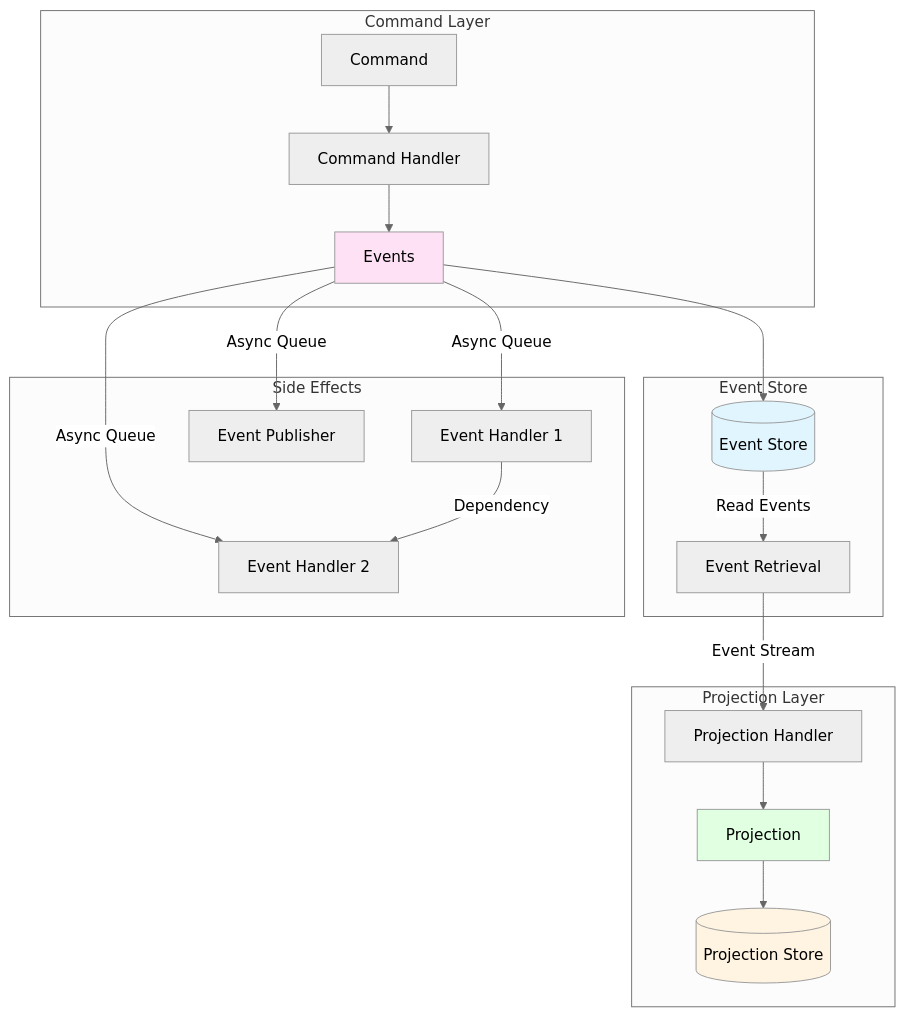
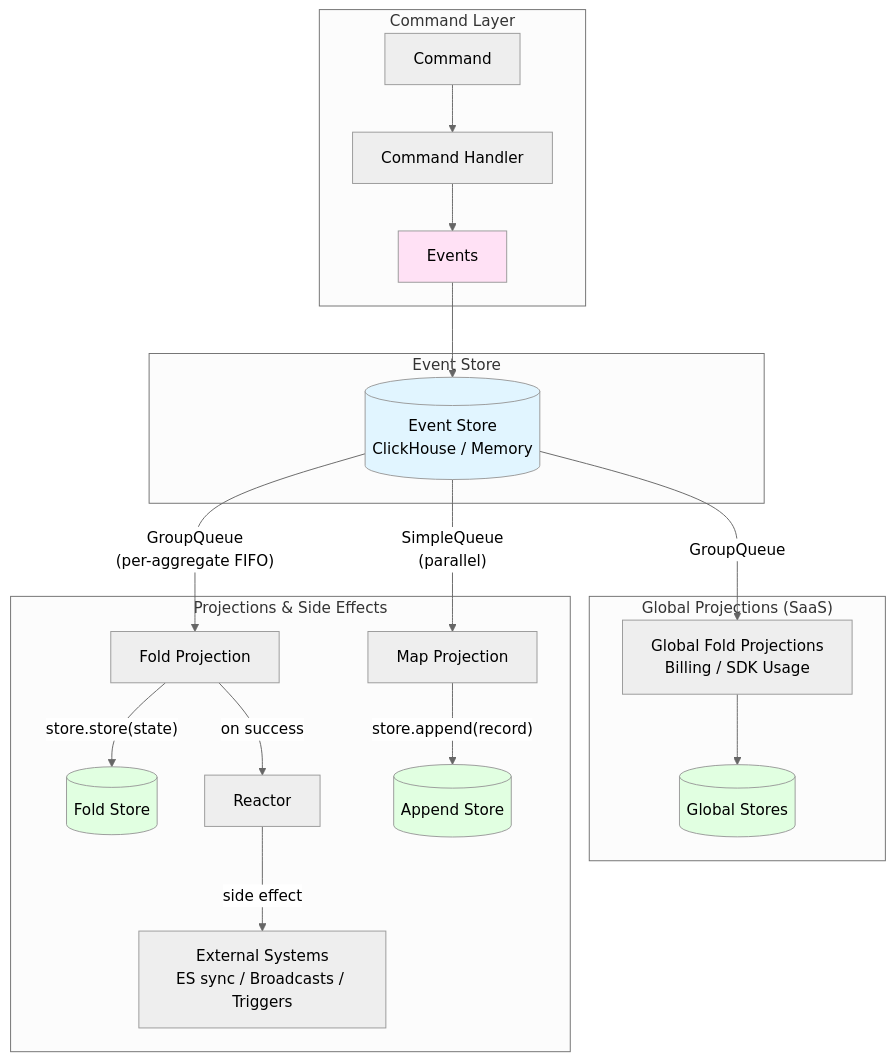
The diagram in langwatch/src/server/event-sourcing/ARCHITECTURE.md (langwatch/langwatch), drawn with Mermaid (neutral theme) before and after one commit. The commit also changed other lines of this file and 159 other files, not shown here.

````diff
--- a/langwatch/src/server/event-sourcing/ARCHITECTURE.md
+++ b/langwatch/src/server/event-sourcing/ARCHITECTURE.md
@@ -60,30 +84,31 @@
 ```mermaid
 graph TB
     subgraph "Command Layer"
-        C[Command] --> CH[Command Handler]
-        CH --> E[Events]
+        CMD[Command] --> CH[Command Handler]
+        CH --> EVT[Events]
     end
 
     subgraph "Event Store"
-        E --> ES[(Event Store)]
-        ES --> |"Read Events"| ER[Event Retrieval]
+        EVT --> ES[(Event Store<br/>ClickHouse / Memory)]
     end
 
-    subgraph "Side Effects"
-        E --> |"Async Queue"| EH1[Event Handler 1]
-        E --> |"Async Queue"| EH2[Event Handler 2]
-        E --> |"Async Queue"| EP[Event Publisher]
-        EH1 --> |"Dependency"| EH2
+    subgraph "Projections & Side Effects"
+        ES --> |"GroupQueue<br/>(per-aggregate FIFO)"| FP[Fold Projection]
+        ES --> |"SimpleQueue<br/>(parallel)"| MP[Map Projection]
+        FP --> |"store.store(state)"| FS[(Fold Store)]
+        MP --> |"store.append(record)"| AS[(Append Store)]
+        FP --> |"on success"| R[Reactor]
+        R --> |"side effect"| EXT[External Systems<br/>ES sync / Broadcasts / Triggers]
     end
 
-    subgraph "Projection Layer"
-        ER --> |"Event Stream"| PH[Projection Handler]
-        PH --> P[Projection]
-        P --> PS[(Projection Store)]
+    subgraph "Global Projections (SaaS)"
+        ES --> |"GroupQueue"| GP[Global Fold Projections<br/>Billing / SDK Usage]
+        GP --> GPS[(Global Stores)]
     end
 
     style ES fill:#e1f5ff
-    style PS fill:#fff4e1
-    style E fill:#ffe1f5
-    style P fill:#e1ffe1
+    style FS fill:#e1ffe1
+    style AS fill:#e1ffe1
+    style GPS fill:#e1ffe1
+    style EVT fill:#ffe1f5
 ```
````
